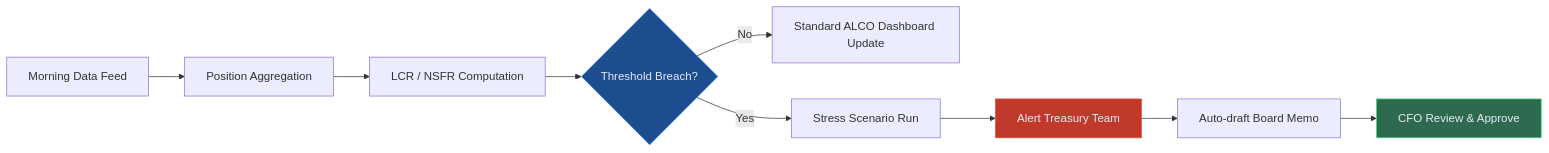
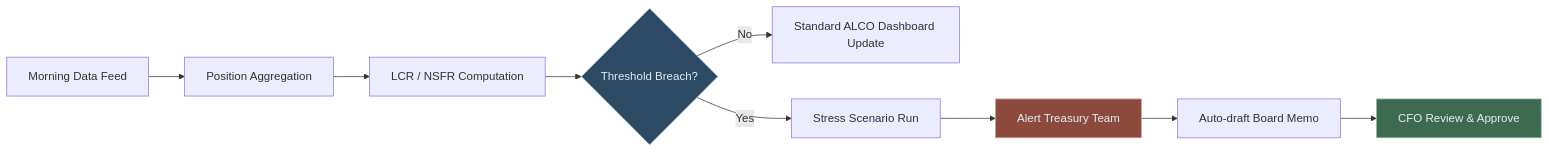
Before and after one commit to lorvexai/lorvexai: the tenth of 10 diagrams in blog/ai-workflows-for-regulated-enterprises.md, drawn with Mermaid. The commit also changed other lines of this file and 16 other files, not shown here.

First line of the commit message:
Retune hardcoded Mermaid node colors to match the site palette

````diff
--- a/blog/ai-workflows-for-regulated-enterprises.md
+++ b/blog/ai-workflows-for-regulated-enterprises.md
@@ -241,15 +241,15 @@
 ```mermaid
 flowchart LR
     A[Morning Data Feed] --> B[Position Aggregation]
     B --> C[LCR / NSFR Computation]
     C --> D{Threshold Breach?}
     D -->|No| E[Standard ALCO Dashboard Update]
     D -->|Yes| F[Stress Scenario Run]
     F --> G[Alert Treasury Team]
     G --> H[Auto-draft Board Memo]
     H --> I[CFO Review & Approve]
 
-    style D fill:#1D4C8F,stroke:#2F80ED,color:#E6ECF7
-    style G fill:#C0392B,stroke:#e74c3c,color:#E6ECF7
-    style I fill:#2D6A4F,stroke:#4ade80,color:#E6ECF7
+    style D fill:#2C4A63,stroke:#8FB2CC,color:#E6ECF7
+    style G fill:#8C4A3D,stroke:#D6A697,color:#E6ECF7
+    style I fill:#3D6B52,stroke:#95C2A8,color:#E6ECF7
 ```
````
